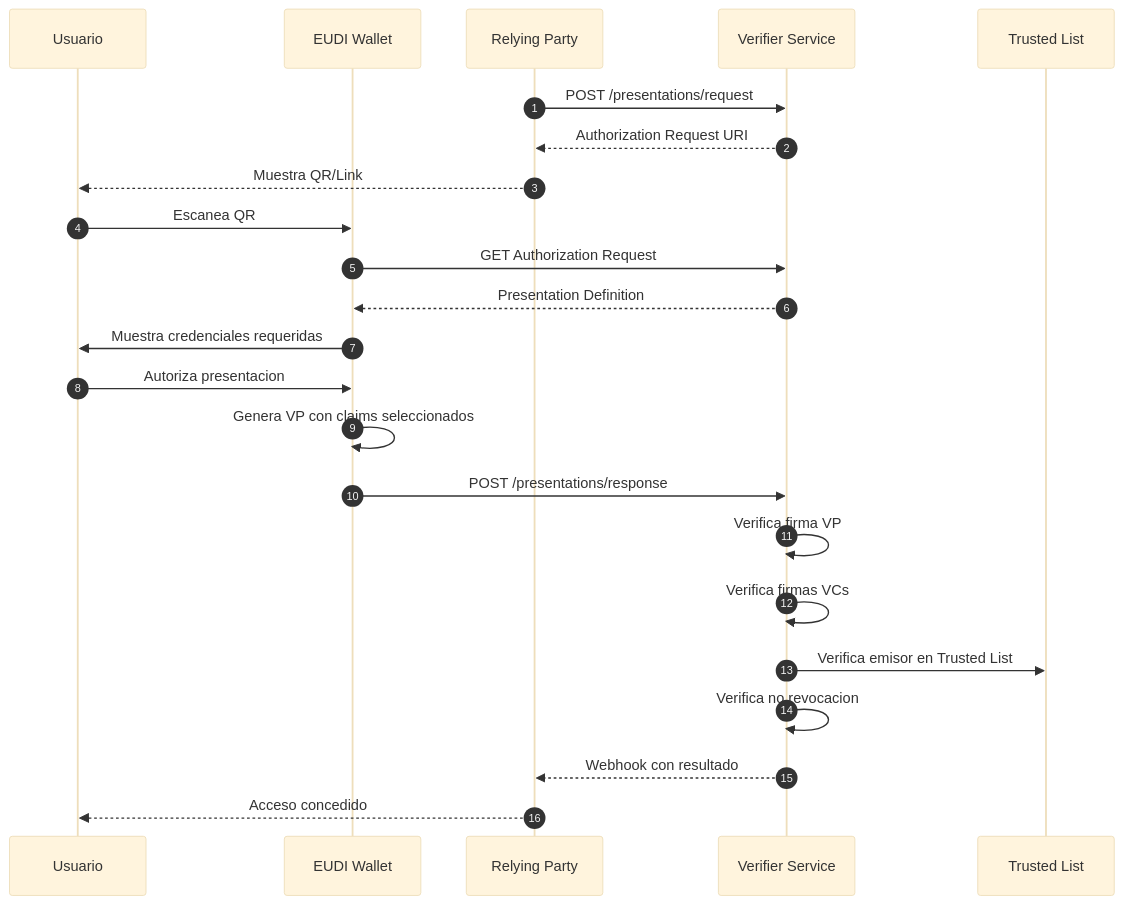
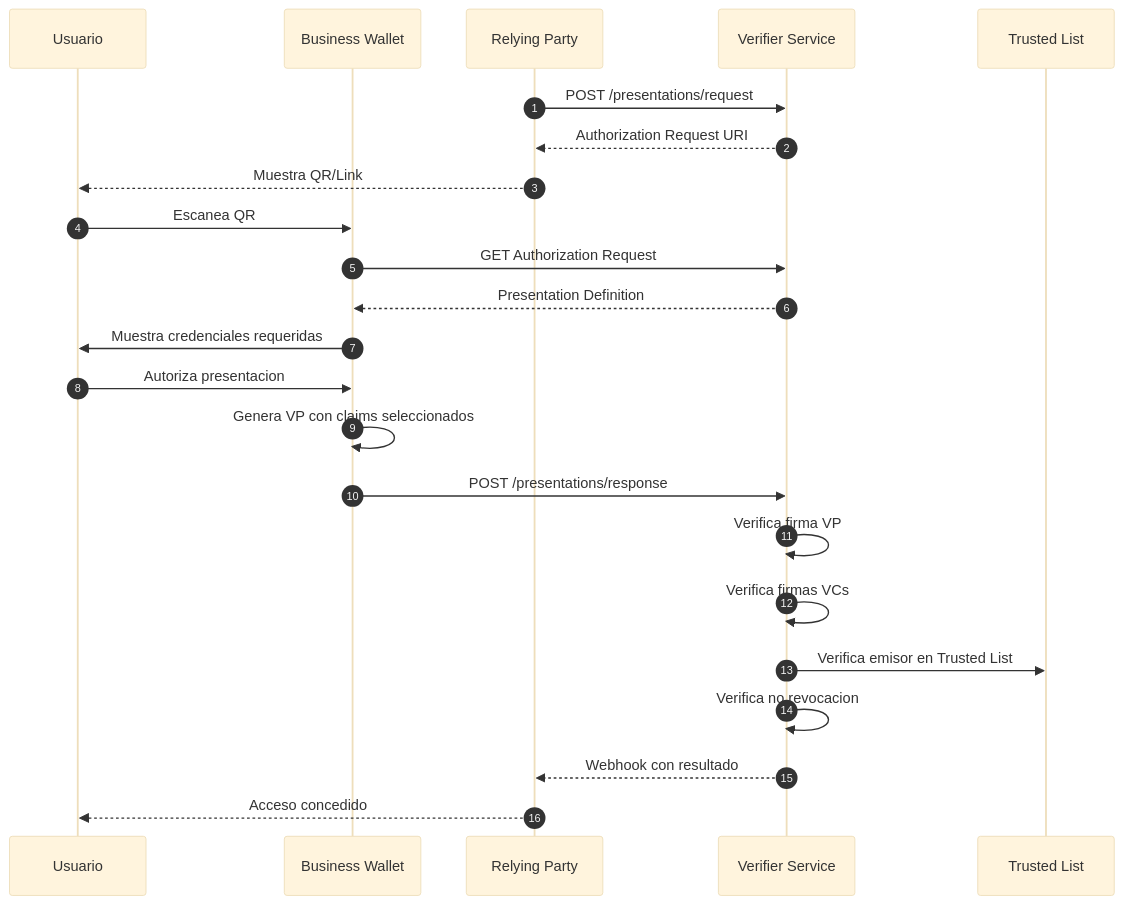
One commit to in2workspace/eudistack-platform-docs changed the second of 7 diagrams in docs/arquitectura/flujos.md. Above: the diagram before and after it, drawn with Mermaid (base theme). The commit also changed other lines of this file and 8 other files, not shown here.

````diff
--- a/docs/arquitectura/flujos.md
+++ b/docs/arquitectura/flujos.md
@@ -65,31 +65,31 @@
 ```mermaid
 sequenceDiagram
     autonumber
     participant U as Usuario
-    participant W as EUDI Wallet
+    participant W as Business Wallet
     participant RP as Relying Party
     participant VS as Verifier Service
     participant TL as Trusted List
 
     RP->>VS: POST /presentations/request
     VS-->>RP: Authorization Request URI
 
     RP-->>U: Muestra QR/Link
     U->>W: Escanea QR
     W->>VS: GET Authorization Request
 
     VS-->>W: Presentation Definition
     W->>U: Muestra credenciales requeridas
     U->>W: Autoriza presentacion
 
     W->>W: Genera VP con claims seleccionados
     W->>VS: POST /presentations/response
 
     VS->>VS: Verifica firma VP
     VS->>VS: Verifica firmas VCs
     VS->>TL: Verifica emisor en Trusted List
     VS->>VS: Verifica no revocacion
 
     VS-->>RP: Webhook con resultado
     RP-->>U: Acceso concedido
 ```
````
